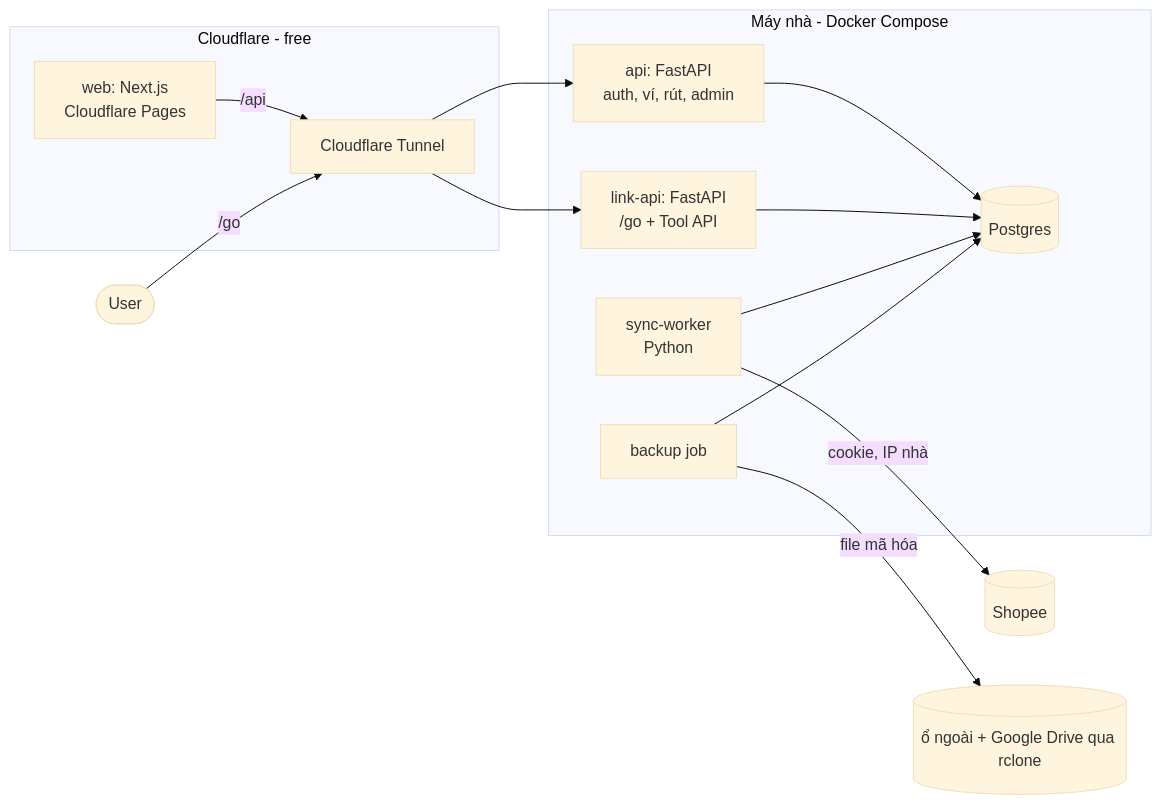
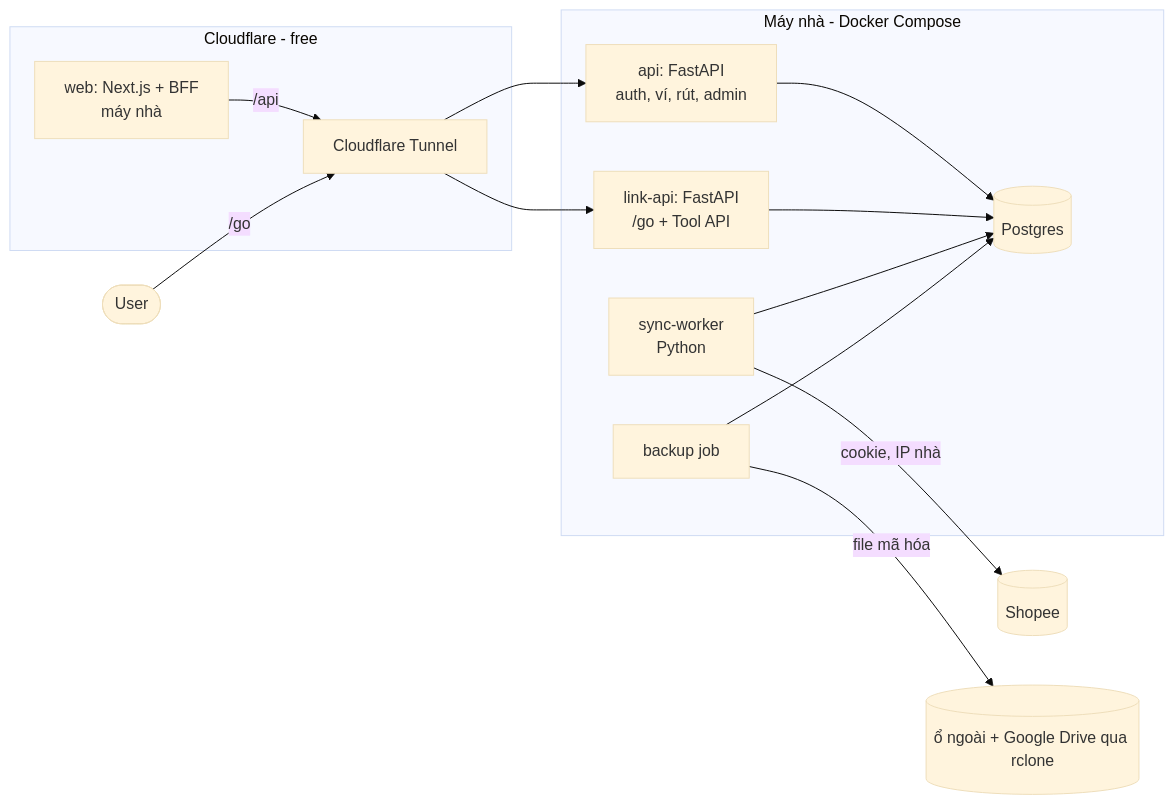
The second of 2 diagrams in docs/06-kien-truc.md (DT-231/CashBack), drawn with Mermaid (base theme) before and after one commit. The commit also changed other lines of this file and 4 other files, not shown here.

Commit message:
docs: web and API run at home behind Cloudflare Tunnel (no Vercel Hobby); T-016/T-017 block opening signup

````diff
--- a/docs/06-kien-truc.md
+++ b/docs/06-kien-truc.md
@@ -36,22 +36,22 @@
 ```mermaid
 flowchart LR
   subgraph CF[Cloudflare - free]
-    PAGES[web: Next.js<br/>Cloudflare Pages]
+    PAGES[web: Next.js + BFF<br/>máy nhà]
     TUN[Cloudflare Tunnel]
   end
   subgraph HOME[Máy nhà - Docker Compose]
     API[api: FastAPI<br/>auth, ví, rút, admin]
     LINK[link-api: FastAPI<br/>/go + Tool API]
     SYNC[sync-worker<br/>Python]
     PG[(Postgres)]
     BK[backup job]
   end
   PAGES -->|/api| TUN --> API
   U([User]) -->|/go| TUN --> LINK
   API --> PG
   LINK --> PG
   SYNC --> PG
   SYNC -->|cookie, IP nhà| SP[(Shopee)]
   BK --> PG
   BK -->|file mã hóa| STORE[(ổ ngoài + Google Drive qua rclone)]
 ```
````
